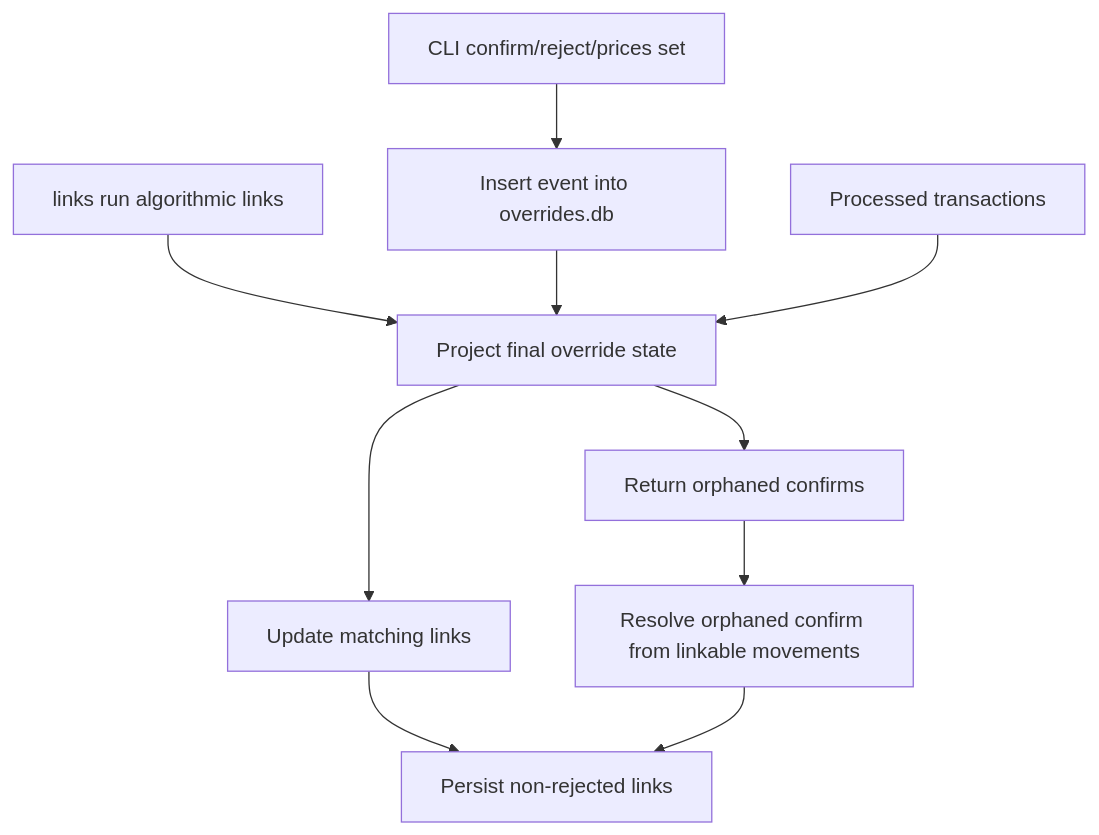
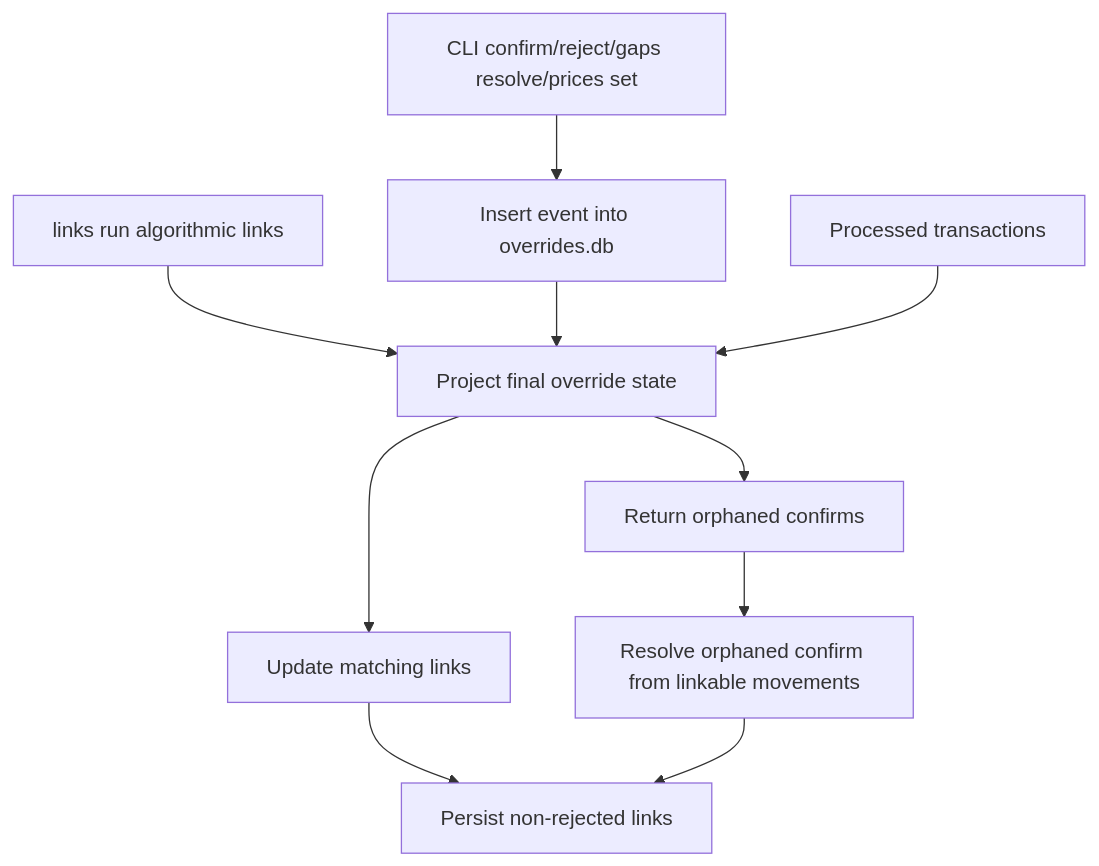
One commit to jbelanger/exitbook changed the diagram in docs/specs/override-event-store-and-replay.md. Above: the diagram before and after it, drawn with Mermaid. The commit also changed other lines of this file and 14 other files, not shown here.

````diff
--- a/docs/specs/override-event-store-and-replay.md
+++ b/docs/specs/override-event-store-and-replay.md
@@ -308,12 +344,12 @@
 ```mermaid
 graph TD
-    A["CLI confirm/reject/prices set"] --> B["Insert event into overrides.db"]
+    A["CLI confirm/reject/gaps resolve/prices set"] --> B["Insert event into overrides.db"]
     C["links run algorithmic links"] --> D["Project final override state"]
     B --> D
     E["Processed transactions"] --> D
     D --> F["Update matching links"]
     D --> G["Return orphaned confirms"]
     G --> H["Resolve orphaned confirm from linkable movements"]
     F --> I["Persist non-rejected links"]
     H --> I
 ```
````
